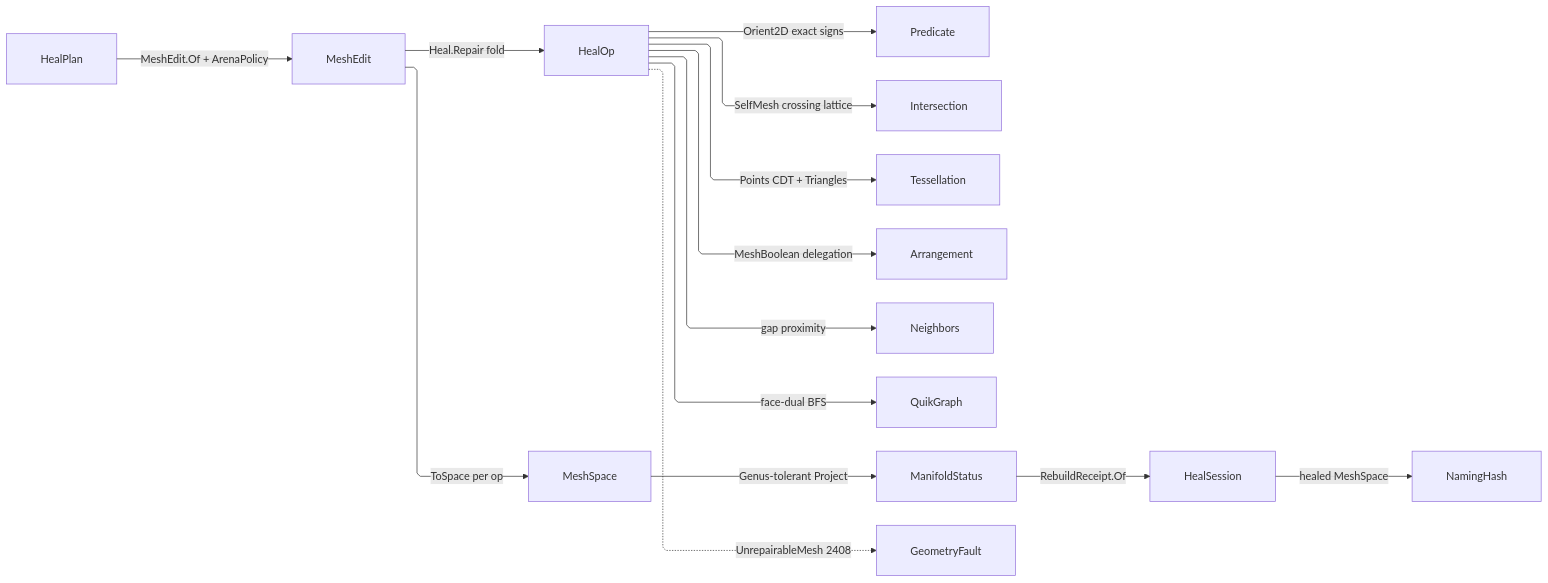
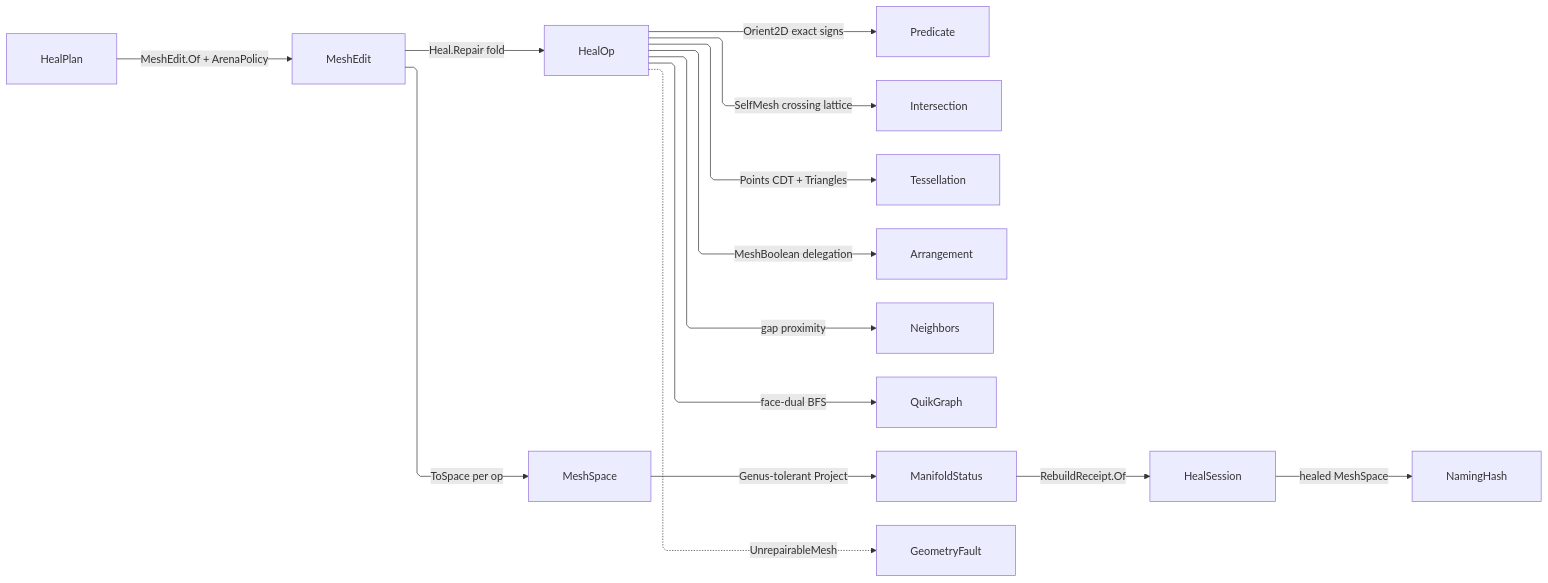
One commit to bsamiee/Rasm changed the diagram in libs/csharp/Rasm/.planning/Processing/repair.md. Above: the diagram before and after it, drawn with Mermaid. The commit also changed other lines of this file and 818 other files, not shown here.

````diff
--- a/libs/csharp/Rasm/.planning/Processing/repair.md
+++ b/libs/csharp/Rasm/.planning/Processing/repair.md
@@ -493,25 +552,25 @@
 ```mermaid
 ---
 config:
   layout: elk
   flowchart:
     curve: linear
     padding: 25
 ---
 flowchart LR
     accTitle: Mesh heal operation fold
     accDescr: A heal plan entering the mesh-edit arena where each repair operation draws on exact predicates, intersection, tessellation, boolean arrangement, proximity, and face-dual traversal, the frozen space projecting manifold status into a rebuild receipt and the healed space into naming identity, with the unrepairable arm leaving as a geometry fault.
     HealPlan -->|MeshEdit.Of + ArenaPolicy| MeshEdit
     MeshEdit -->|Heal.Repair fold| HealOp
     HealOp -->|Orient2D exact signs| Predicate
     HealOp -->|SelfMesh crossing lattice| Intersection
     HealOp -->|Points CDT + Triangles| Tessellation
     HealOp -->|MeshBoolean delegation| Arrangement
     HealOp -->|gap proximity| Neighbors
     HealOp -->|face-dual BFS| QuikGraph
     MeshEdit -->|ToSpace per op| MeshSpace
     MeshSpace -->|Genus-tolerant Project| ManifoldStatus
     ManifoldStatus -->|RebuildReceipt.Of| HealSession
     HealSession -->|healed MeshSpace| NamingHash
-    HealOp -.->|UnrepairableMesh 2408| GeometryFault
+    HealOp -.->|UnrepairableMesh| GeometryFault
 ```
````
